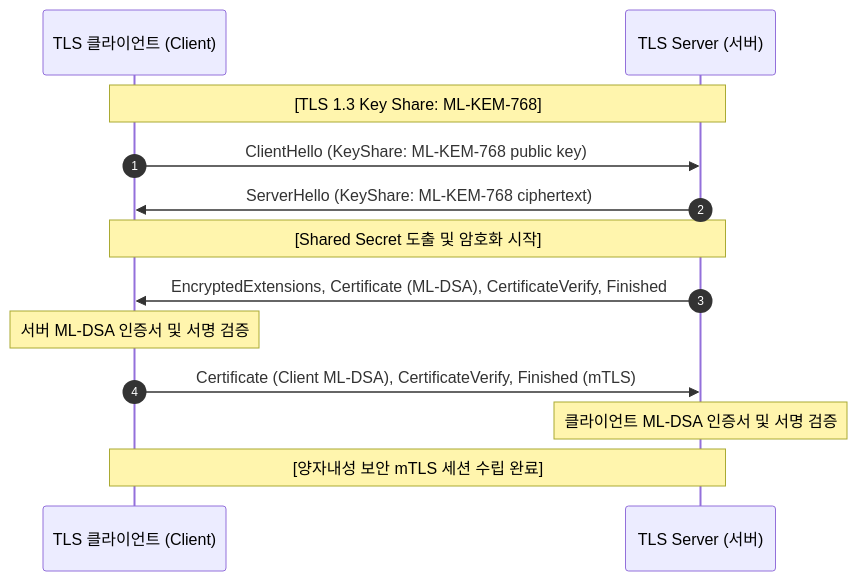
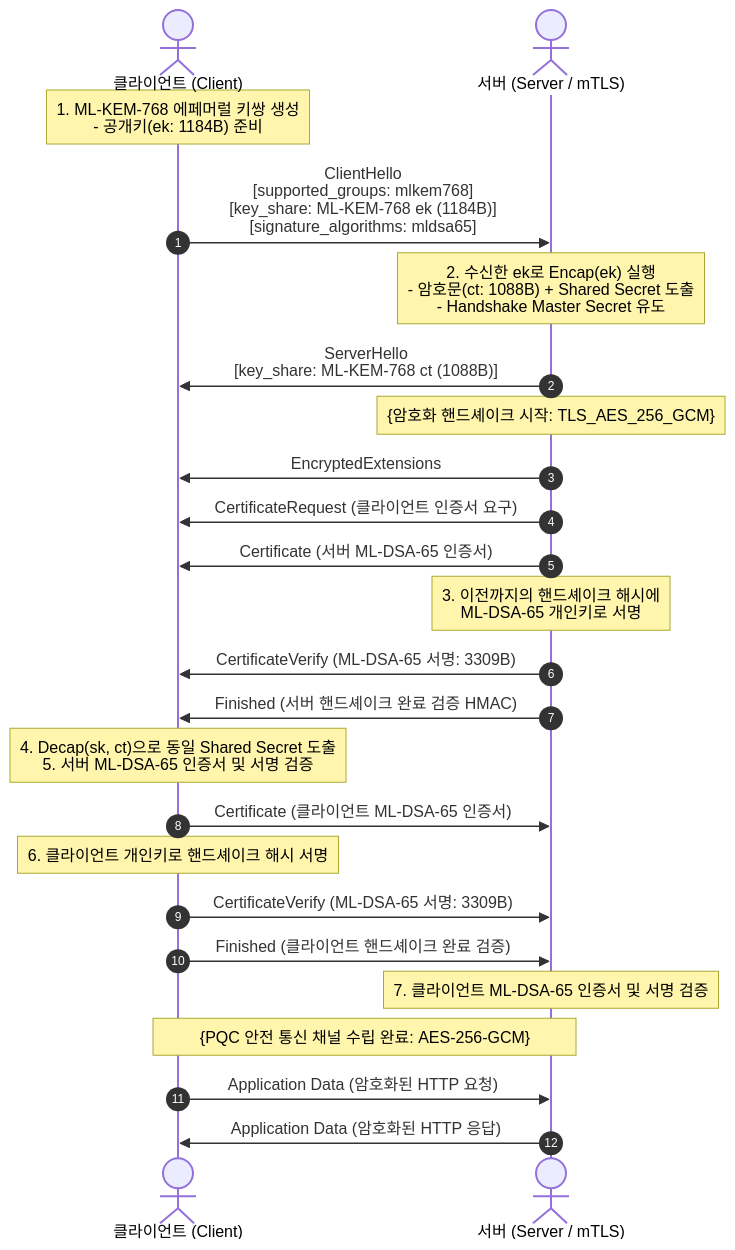
One commit to auking45/applied-pqc-lab changed the diagram in docs/ko/05-tls-and-mtls/index.md. Above: the diagram before and after it, drawn with Mermaid. The commit also changed other lines of this file and 10 other files, not shown here.

First line of the commit message:
feat(tls): add PQC TLS 1.3 mTLS hands-on documentation and 4-language test suite

````diff
--- a/docs/ko/05-tls-and-mtls/index.md
+++ b/docs/ko/05-tls-and-mtls/index.md
@@ -6,16 +11,31 @@
 ```mermaid
 sequenceDiagram
     autonumber
-    participant Client as TLS 클라이언트 (Client)
-    participant Server as TLS Server (서버)
+    actor Client as 클라이언트 (Client)
+    actor Server as 서버 (Server / mTLS)
 
-    Note over Client,Server: [TLS 1.3 Key Share: ML-KEM-768]
-    Client->>Server: ClientHello (KeyShare: ML-KEM-768 public key)
-    Server->>Client: ServerHello (KeyShare: ML-KEM-768 ciphertext)
-    Note over Client,Server: [Shared Secret 도출 및 암호화 시작]
-    Server->>Client: EncryptedExtensions, Certificate (ML-DSA), CertificateVerify, Finished
-    Note over Client: 서버 ML-DSA 인증서 및 서명 검증
-    Client->>Server: Certificate (Client ML-DSA), CertificateVerify, Finished (mTLS)
-    Note over Server: 클라이언트 ML-DSA 인증서 및 서명 검증
-    Note over Client,Server: [양자내성 보안 mTLS 세션 수립 완료]
+    Note over Client: 1. ML-KEM-768 에페머럴 키쌍 생성<br>- 공개키(ek: 1184B) 준비
+    Client->>Server: ClientHello<br>[supported_groups: mlkem768]<br>[key_share: ML-KEM-768 ek (1184B)]<br>[signature_algorithms: mldsa65]
+    
+    Note over Server: 2. 수신한 ek로 Encap(ek) 실행<br>- 암호문(ct: 1088B) + Shared Secret 도출<br>- Handshake Master Secret 유도
+    Server->>Client: ServerHello<br>[key_share: ML-KEM-768 ct (1088B)]
+    
+    Note over Server: {암호화 핸드셰이크 시작: TLS_AES_256_GCM}
+    Server->>Client: EncryptedExtensions
+    Server->>Client: CertificateRequest (클라이언트 인증서 요구)
+    Server->>Client: Certificate (서버 ML-DSA-65 인증서)
+    Note over Server: 3. 이전까지의 핸드셰이크 해시에<br>ML-DSA-65 개인키로 서명
+    Server->>Client: CertificateVerify (ML-DSA-65 서명: 3309B)
+    Server->>Client: Finished (서버 핸드셰이크 완료 검증 HMAC)
+
+    Note over Client: 4. Decap(sk, ct)으로 동일 Shared Secret 도출<br>5. 서버 ML-DSA-65 인증서 및 서명 검증
+    Client->>Server: Certificate (클라이언트 ML-DSA-65 인증서)
+    Note over Client: 6. 클라이언트 개인키로 핸드셰이크 해시 서명
+    Client->>Server: CertificateVerify (ML-DSA-65 서명: 3309B)
+    Client->>Server: Finished (클라이언트 핸드셰이크 완료 검증)
+
+    Note over Server: 7. 클라이언트 ML-DSA-65 인증서 및 서명 검증
+    Note over Client,Server: {PQC 안전 통신 채널 수립 완료: AES-256-GCM}
+    Client->>Server: Application Data (암호화된 HTTP 요청)
+    Server->>Client: Application Data (암호화된 HTTP 응답)
 ```
````
